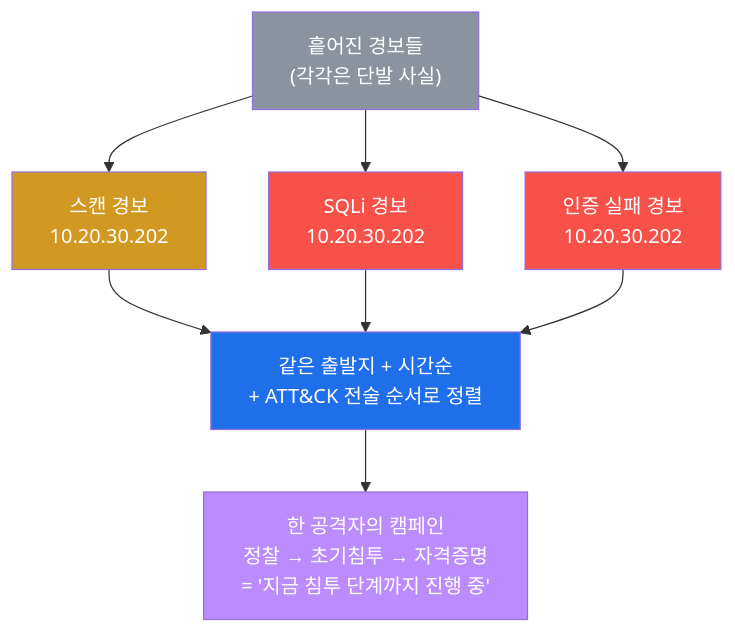
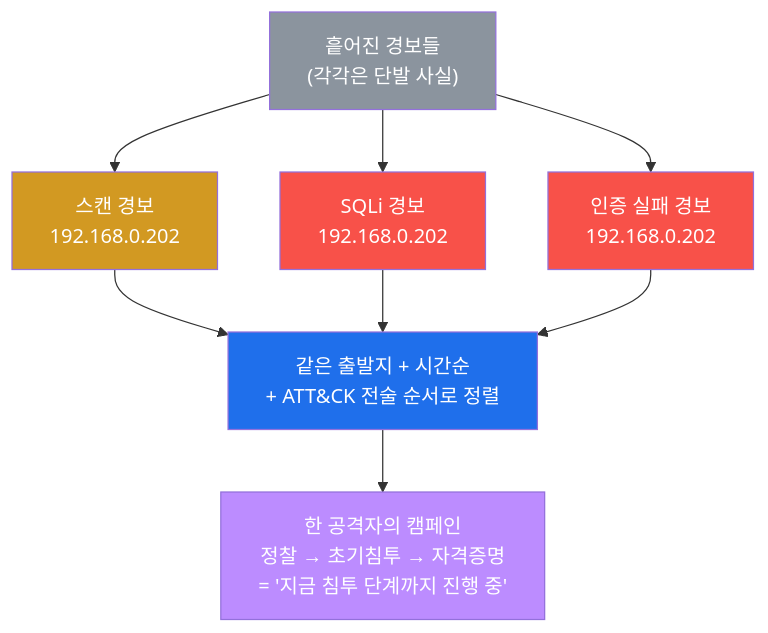
One commit to mrgrit/tw2 changed the first of 6 diagrams in contents/training/soc/lecture_week06.md. Above: the diagram before and after it, drawn with Mermaid. The commit also changed other lines of this file and 304 other files, not shown here.

````diff
--- a/contents/training/soc/lecture_week06.md
+++ b/contents/training/soc/lecture_week06.md
@@ -124,17 +124,17 @@
 ```mermaid
 graph TD
     A["흩어진 경보들<br/>(각각은 단발 사실)"]
-    A --> B["스캔 경보<br/>10.20.30.202"]
-    A --> C["SQLi 경보<br/>10.20.30.202"]
-    A --> D["인증 실패 경보<br/>10.20.30.202"]
+    A --> B["스캔 경보<br/>192.168.0.202"]
+    A --> C["SQLi 경보<br/>192.168.0.202"]
+    A --> D["인증 실패 경보<br/>192.168.0.202"]
     B --> E["같은 출발지 + 시간순<br/>+ ATT&CK 전술 순서로 정렬"]
     C --> E
     D --> E
     E --> F["한 공격자의 캠페인<br/>정찰 → 초기침투 → 자격증명<br/>= '지금 침투 단계까지 진행 중'"]
     style A fill:#8b949e,color:#fff
     style B fill:#d29922,color:#fff
     style C fill:#f85149,color:#fff
     style D fill:#f85149,color:#fff
     style E fill:#1f6feb,color:#fff
     style F fill:#bc8cff,color:#fff
 ```
````
